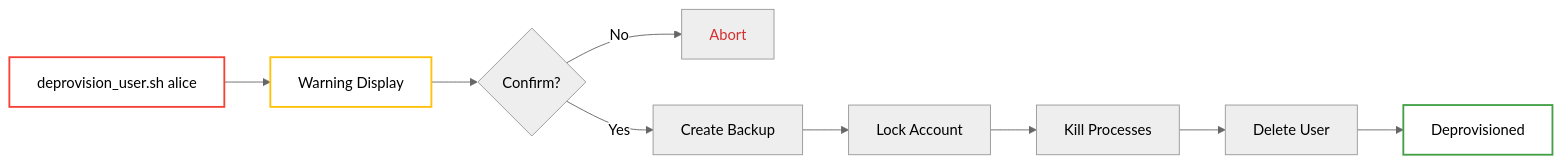
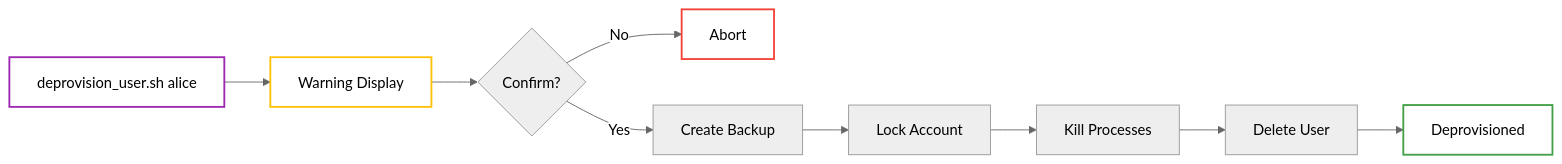
One commit to aaronwittchen/Automated-Storage-Provisioning-Tool changed the seventh of 7 diagrams in docs/architecture.md. Above: the diagram before and after it, drawn with Mermaid (neutral theme). The commit also changed other lines of this file, not shown here.

````diff
--- a/docs/architecture.md
+++ b/docs/architecture.md
@@ -368,16 +364,16 @@
 ```mermaid
 graph LR
     A["deprovision_user.sh alice"] --> B["Warning Display"]
     B --> C{Confirm?}
     C -->|No| D["Abort"]
     C -->|Yes| E["Create Backup"]
     E --> F["Lock Account"]
     F --> G["Kill Processes"]
     G --> H["Delete User"]
     H --> I["Deprovisioned"]
     
-    style A stroke:#f44336,stroke-width:2px,fill:none
+    style A stroke:#9c27b0,stroke-width:2px,fill:none
     style B stroke:#ffc107,stroke-width:2px,fill:none
     style I stroke:#43a047,stroke-width:2px,fill:none
-    style D color:#d32f2f
+    style D stroke:#f44336,stroke-width:2px,fill:none
 ```
````
